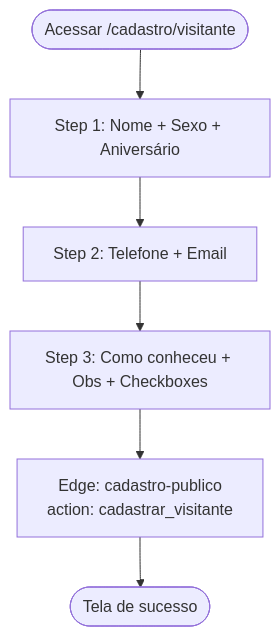
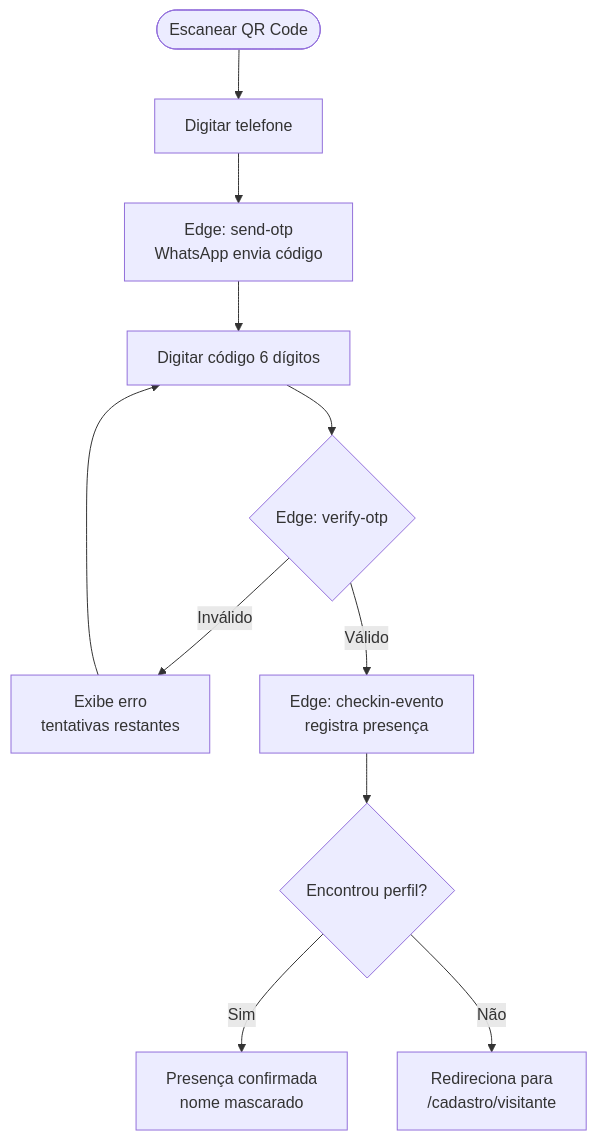
One commit to adrianoapc/igreja-carvalho changed the diagram in docs/diagramas/exports/fluxo-pessoas_3.mmd. Above: the diagram before and after it, drawn with Mermaid. The commit also changed 25 other files, not shown here.

Commit message:
chore(diagrams): export mermaid PNGs

```diff
--- a/docs/diagramas/exports/fluxo-pessoas_3.mmd
+++ b/docs/diagramas/exports/fluxo-pessoas_3.mmd
@@ -1,6 +1,11 @@
 flowchart TD
-    A([Acessar /cadastro/visitante]) --> S1[Step 1: Nome + Sexo + Aniversário]
-    S1 --> S2[Step 2: Telefone + Email]
-    S2 --> S3[Step 3: Como conheceu + Obs + Checkboxes]
-    S3 --> SUB[Edge: cadastro-publico<br/>action: cadastrar_visitante]
-    SUB --> OK([Tela de sucesso])
+    QR([Escanear QR Code]) --> T[Digitar telefone]
+    T --> OTP[Edge: send-otp<br/>WhatsApp envia código]
+    OTP --> C[Digitar código 6 dígitos]
+    C --> V{Edge: verify-otp}
+    V -->|Inválido| E[Exibe erro<br/>tentativas restantes]
+    E --> C
+    V -->|Válido| CI[Edge: checkin-evento<br/>registra presença]
+    CI --> S{Encontrou perfil?}
+    S -->|Sim| OK[Presença confirmada<br/>nome mascarado]
+    S -->|Não| NF[Redireciona para<br/>/cadastro/visitante]
```
